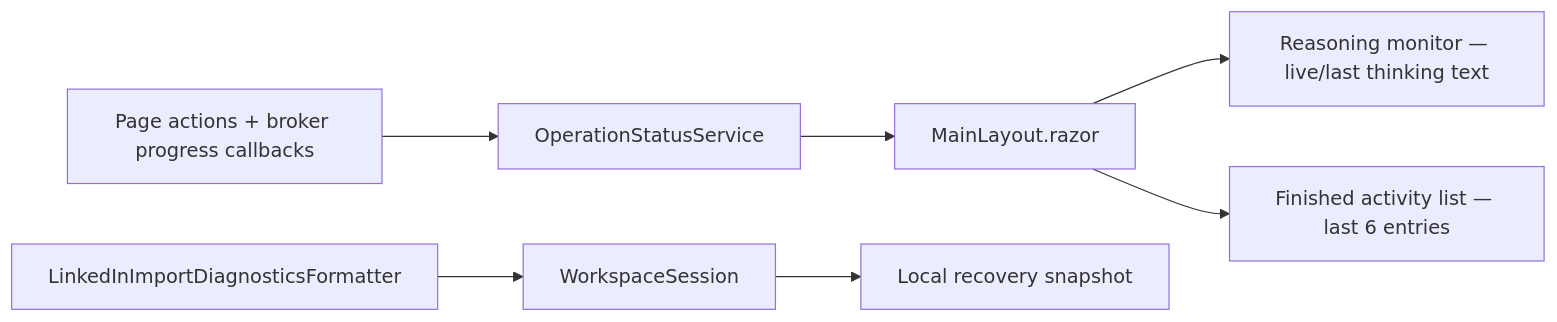
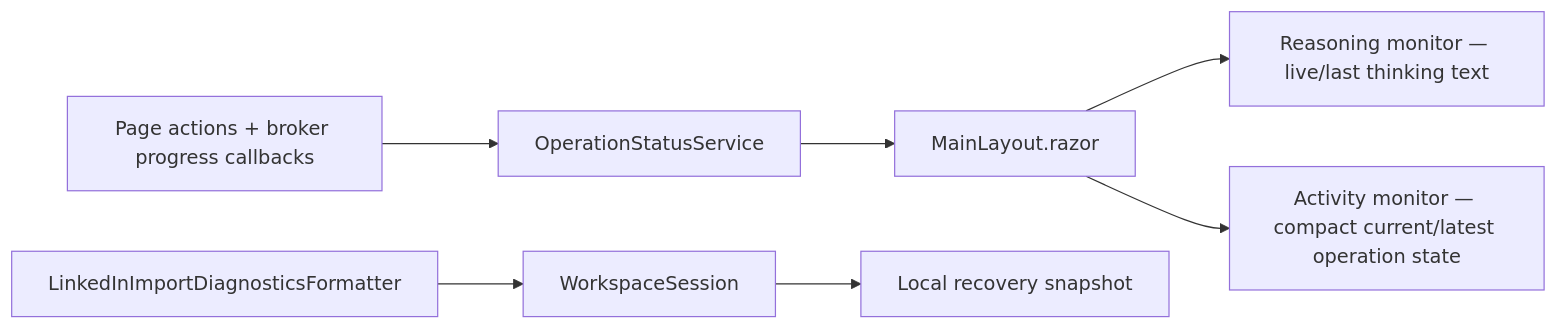
One commit to hennie42/li-jobber changed diagram 20 of 20 in docs/details.md. Above: the diagram before and after it, drawn with Mermaid. The commit also changed other lines of this file and 28 other files, not shown here.

First line of the commit message:
fix(llm): harden benchmarks and batch flow

````diff
--- a/docs/details.md
+++ b/docs/details.md
@@ -1040,9 +1040,9 @@
 ```mermaid
 graph LR
     A[Page actions + broker progress callbacks] --> B[OperationStatusService]
     B --> C[MainLayout.razor]
     C --> D[Reasoning monitor — live/last thinking text]
-    C --> F[Finished activity list — last 6 entries]
+    C --> F[Activity monitor — compact current/latest operation state]
     G[WorkspaceSession] --> H[Local recovery snapshot]
     I[LinkedInImportDiagnosticsFormatter] --> G
 ```
````
